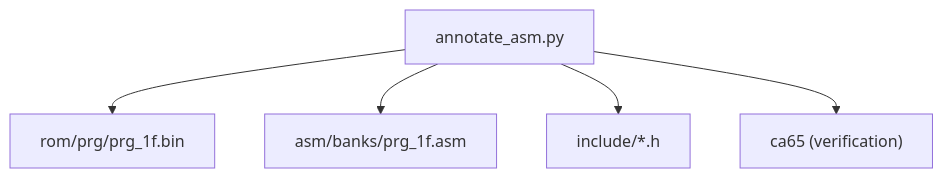
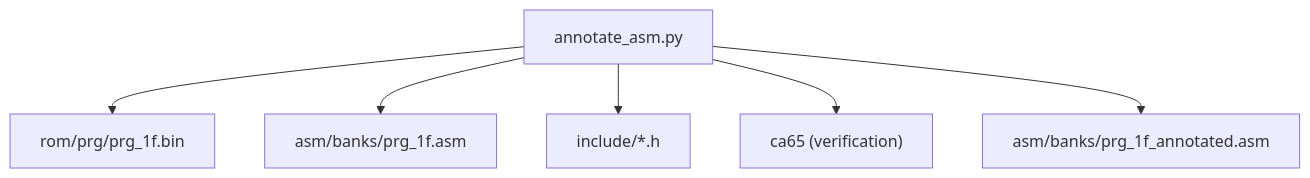
The fifth of 5 diagrams in .qoder/repowiki/en/content/Build System and Tools/Code Annotation and Documentation Tools.md (rabbyzero/sango2dasm), drawn with Mermaid before and after one commit. The commit also changed other lines of this file and 5 other files, not shown here.

Commit message:
regenerate prg_1f.asm with full binary code comment.

````diff
--- a/.qoder/repowiki/en/content/Build System and Tools/Code Annotation and Documentation Tools.md
+++ b/.qoder/repowiki/en/content/Build System and Tools/Code Annotation and Documentation Tools.md
@@ -233,12 +250,14 @@
 ```mermaid
 graph TB
 AN["annotate_asm.py"]
 BIN["rom/prg/prg_1f.bin"]
 ASM["asm/banks/prg_1f.asm"]
 INC["include/*.h"]
 CA65["ca65 (verification)"]
+OUT["asm/banks/prg_1f_annotated.asm"]
 AN --> BIN
 AN --> ASM
 AN --> INC
 AN --> CA65
+AN --> OUT
 ```
````
